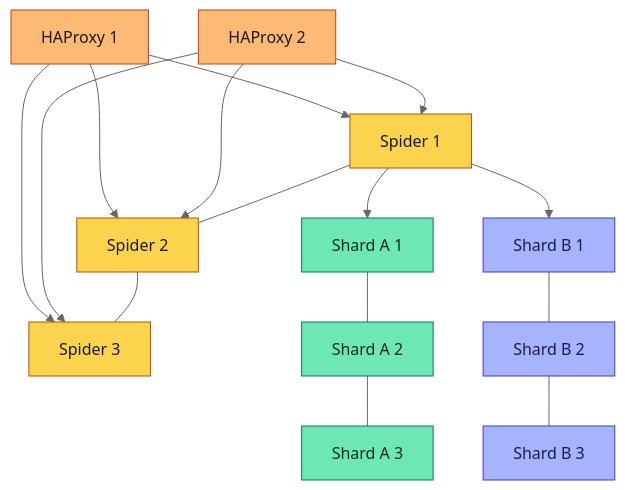
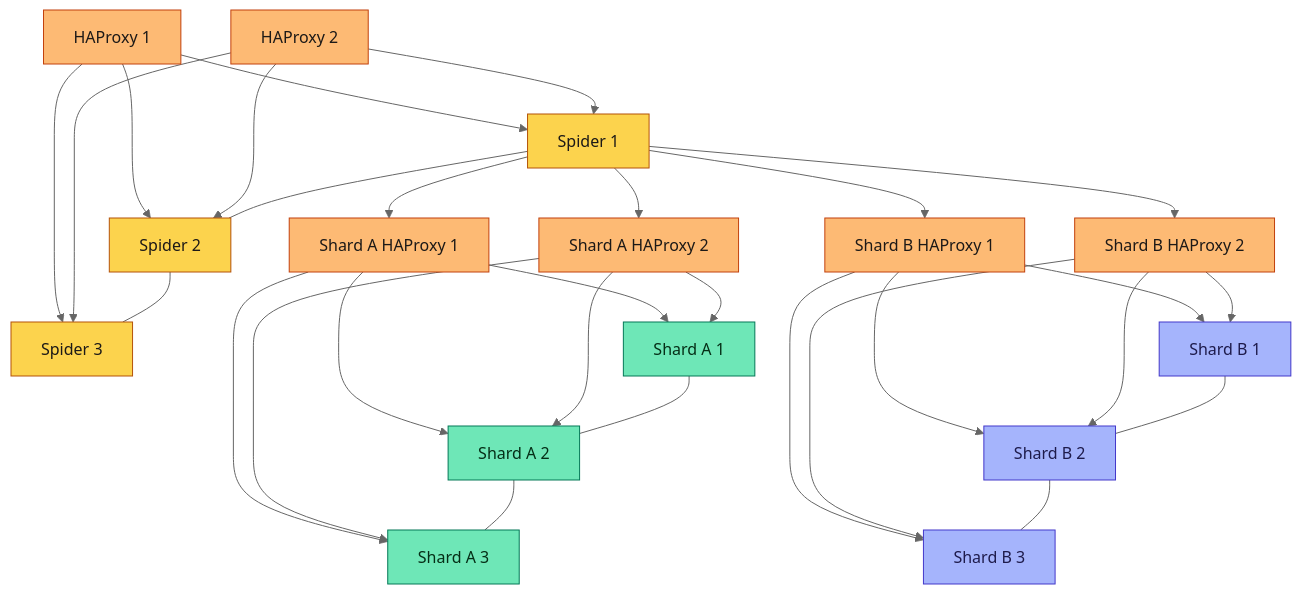
The fourth of 4 diagrams in am-databases/README.md (bahman-farhadian/idops-ansible-playbooks), drawn with Mermaid (neutral theme) before and after one commit. The commit also changed other lines of this file, not shown here.

Commit message:
docs(am-databases): put a proxy pair in front of each shard
Spider no longer fails over between data nodes. Each shard gets
two HAProxy guests, and Spider uses that pair.

````diff
--- a/am-databases/README.md
+++ b/am-databases/README.md
@@ -153,31 +157,49 @@
 ```mermaid
 flowchart TB
   classDef proxy fill:#fdba74,stroke:#c2410c,color:#1c1917
   classDef spider fill:#fcd34d,stroke:#b45309,color:#1c1917
   classDef shardA fill:#6ee7b7,stroke:#047857,color:#052e16
   classDef shardB fill:#a5b4fc,stroke:#4338ca,color:#1e1b4b
 
   h1["HAProxy 1"]:::proxy
   h2["HAProxy 2"]:::proxy
   s1["Spider 1"]:::spider
   s2["Spider 2"]:::spider
   s3["Spider 3"]:::spider
+  pa1["Shard A HAProxy 1"]:::proxy
+  pa2["Shard A HAProxy 2"]:::proxy
+  pb1["Shard B HAProxy 1"]:::proxy
+  pb2["Shard B HAProxy 2"]:::proxy
   a1["Shard A 1"]:::shardA
   a2["Shard A 2"]:::shardA
   a3["Shard A 3"]:::shardA
   b1["Shard B 1"]:::shardB
   b2["Shard B 2"]:::shardB
   b3["Shard B 3"]:::shardB
 
   h1 --> s1
   h1 --> s2
   h1 --> s3
   h2 --> s1
   h2 --> s2
   h2 --> s3
   s1 --- s2 --- s3
-  s1 --> a1
-  s1 --> b1
+  s1 --> pa1
+  s1 --> pa2
+  s1 --> pb1
+  s1 --> pb2
+  pa1 --> a1
+  pa1 --> a2
+  pa1 --> a3
+  pa2 --> a1
+  pa2 --> a2
+  pa2 --> a3
+  pb1 --> b1
+  pb1 --> b2
+  pb1 --> b3
+  pb2 --> b1
+  pb2 --> b2
+  pb2 --> b3
   a1 --- a2 --- a3
   b1 --- b2 --- b3
 ```
````
